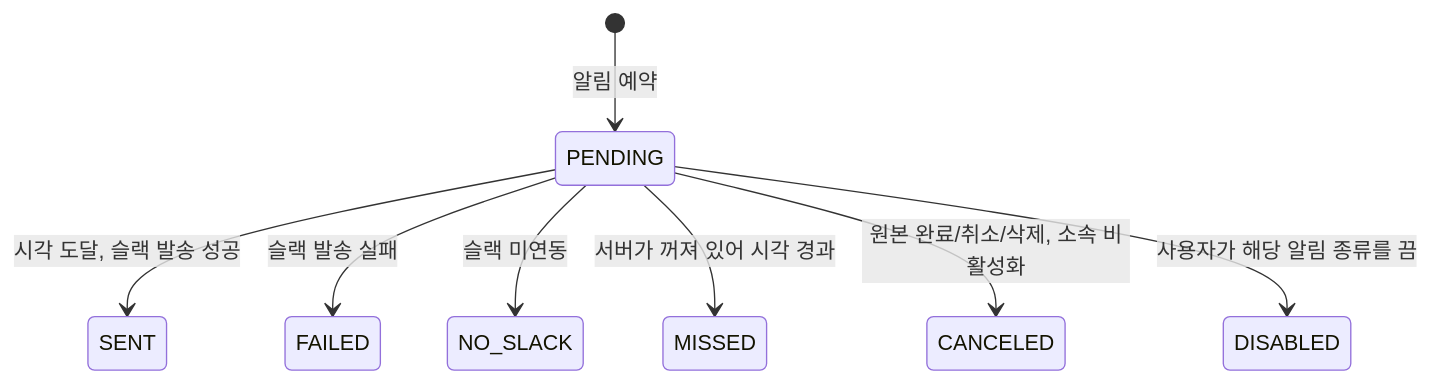
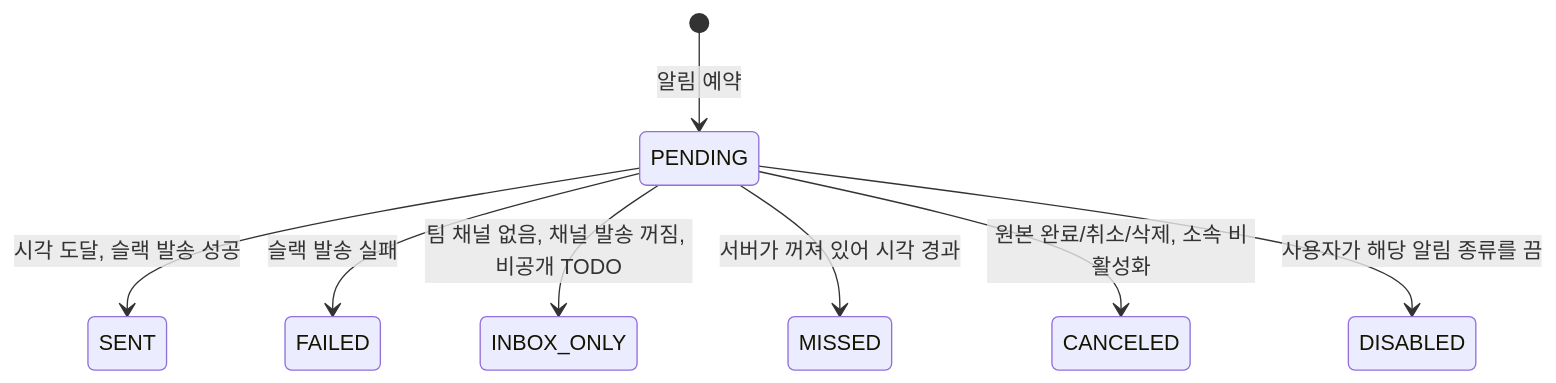
The second of 2 diagrams in docs/erd.md (U-gummy/WORK_MANAGER), drawn with Mermaid before and after one commit. The commit also changed other lines of this file and 11 other files, not shown here.

````diff
--- a/docs/erd.md
+++ b/docs/erd.md
@@ -226,10 +244,10 @@
 ```mermaid
 stateDiagram-v2
     [*] --> PENDING : 알림 예약
     PENDING --> SENT : 시각 도달, 슬랙 발송 성공
     PENDING --> FAILED : 슬랙 발송 실패
-    PENDING --> NO_SLACK : 슬랙 미연동
+    PENDING --> INBOX_ONLY : 팀 채널 없음, 채널 발송 꺼짐, 비공개 TODO
     PENDING --> MISSED : 서버가 꺼져 있어 시각 경과
     PENDING --> CANCELED : 원본 완료/취소/삭제, 소속 비활성화
     PENDING --> DISABLED : 사용자가 해당 알림 종류를 끔
 ```
````
